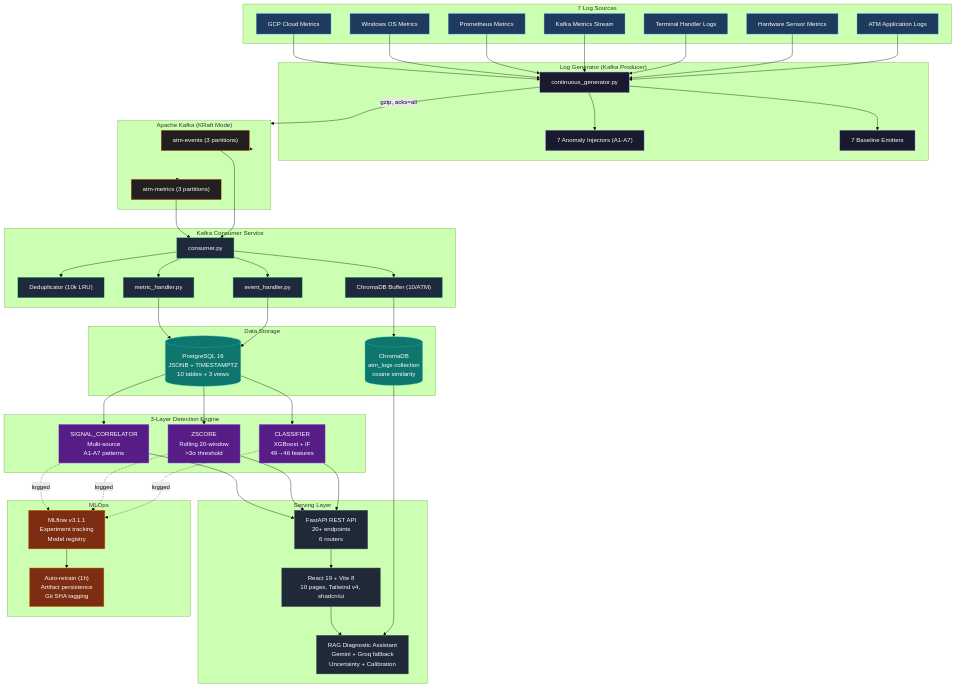
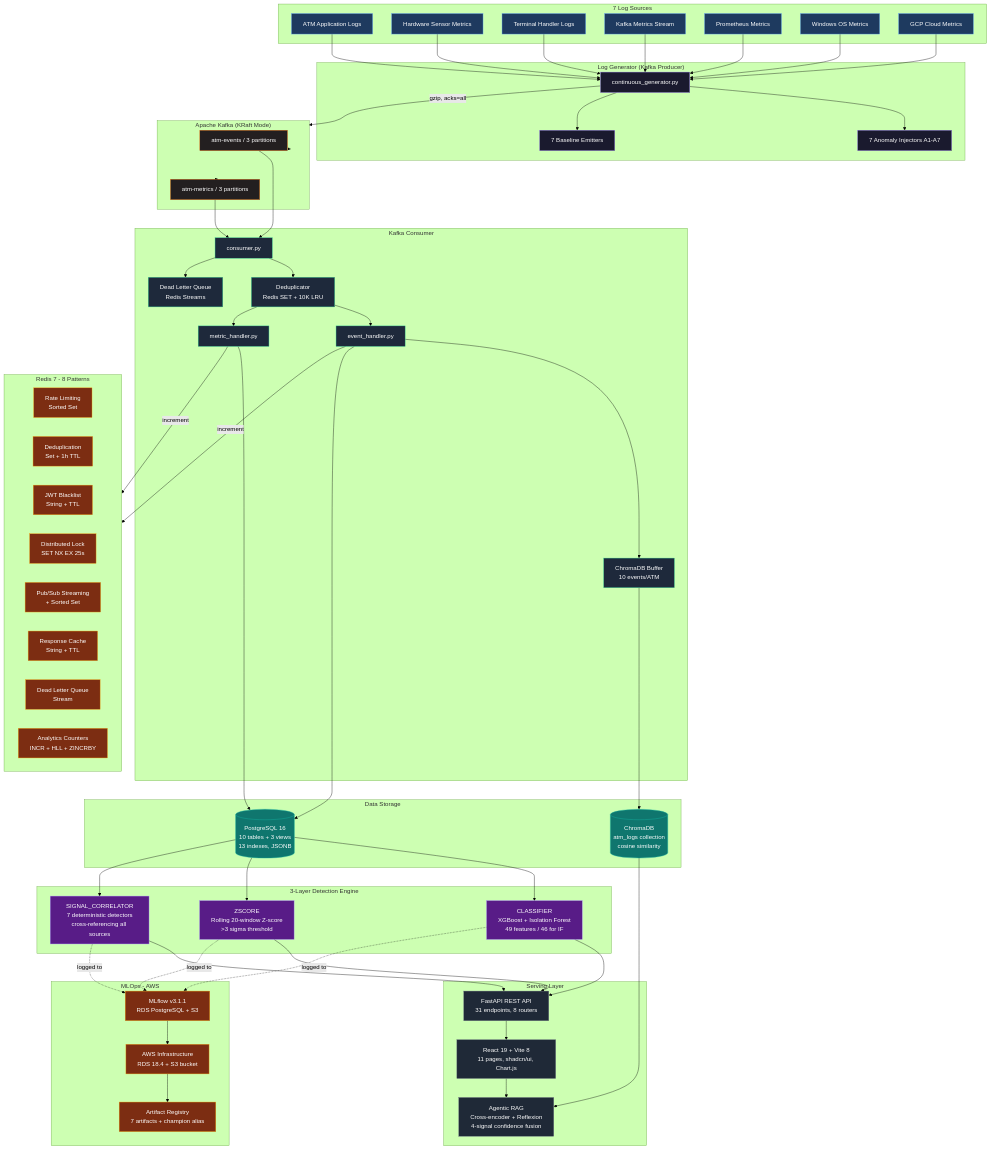
The first of 8 diagrams in README.md (AhmedIkram05/laad), drawn with Mermaid (forest theme) before and after one commit. The commit also changed other lines of this file, not shown here.

````diff
--- a/README.md
+++ b/README.md
@@ -99,49 +36,63 @@
 
   subgraph Generator ["Log Generator (Kafka Producer)"]
     G["continuous_generator.py"]
-    AI["7 Anomaly Injectors (A1-A7)"]
+    AI["7 Anomaly Injectors A1-A7"]
     EM["7 Baseline Emitters"]
     G --> AI
     G --> EM
   end
 
   subgraph Kafka ["Apache Kafka (KRaft Mode)"]
-    KT["atm-events (3 partitions)"]
-    KM["atm-metrics (3 partitions)"]
+    KT["atm-events / 3 partitions"]
+    KM["atm-metrics / 3 partitions"]
   end
 
-  subgraph Consumer ["Kafka Consumer Service"]
+  subgraph Consumer ["Kafka Consumer"]
     C["consumer.py"]
-    DED["Deduplicator (10k LRU)"]
+    DED["Deduplicator<br/>Redis SET + 10K LRU"]
     EH["event_handler.py"]
     MH["metric_handler.py"]
-    CB["ChromaDB Buffer (10/ATM)"]
+    CB["ChromaDB Buffer<br/>10 events/ATM"]
+    DLQ["Dead Letter Queue<br/>Redis Streams"]
     C --> DED
-    C --> EH
-    C --> MH
-    C --> CB
+    C --> DLQ
+    DED --> EH
+    DED --> MH
+    EH --> CB
   end
 
   subgraph Storage ["Data Storage"]
-    PG[("PostgreSQL 16\nJSONB + TIMESTAMPTZ\n10 tables + 3 views")]
-    CDB[("ChromaDB\natm_logs collection\ncosine similarity")]
+    PG[("PostgreSQL 16<br/>10 tables + 3 views<br/>13 indexes, JSONB")]
+    CDB[("ChromaDB<br/>atm_logs collection<br/>cosine similarity")]
+  end
+
+  subgraph Redis ["Redis 7 - 8 Patterns"]
+    R1["Rate Limiting<br/>Sorted Set"]
+    R2["Deduplication<br/>Set + 1h TTL"]
+    R3["JWT Blacklist<br/>String + TTL"]
+    R4["Distributed Lock<br/>SET NX EX 25s"]
+    R5["Pub/Sub Streaming<br/>+ Sorted Set"]
+    R6["Response Cache<br/>String + TTL"]
+    R7["Dead Letter Queue<br/>Stream"]
+    R8["Analytics Counters<br/>INCR + HLL + ZINCRBY"]
   end
 
   subgraph Detection ["3-Layer Detection Engine"]
-    CLS["CLASSIFIER\nXGBoost + IF\n49→46 features"]
-    ZSC["ZSCORE\nRolling 20-window\n>3σ threshold"]
-    SCC["SIGNAL_CORRELATOR\nMulti-source\nA1-A7 patterns"]
+    CLS["CLASSIFIER<br/>XGBoost + Isolation Forest<br/>49 features / 46 for IF"]
+    ZSC["ZSCORE<br/>Rolling 20-window Z-score<br/>>3 sigma threshold"]
+    SCC["SIGNAL_CORRELATOR<br/>7 deterministic detectors<br/>cross-referencing all sources"]
   end
 
   subgraph Serving ["Serving Layer"]
-    API["FastAPI REST API\n20+ endpoints\n6 routers"]
-    UI["React 19 + Vite 8\n10 pages, Tailwind v4, shadcn/ui"]
-    RAG["RAG Diagnostic Assistant\nGemini + Groq fallback\nUncertainty + Calibration"]
+    API["FastAPI REST API<br/>31 endpoints, 8 routers"]
+    UI["React 19 + Vite 8<br/>11 pages, shadcn/ui, Chart.js"]
+    RAG["Agentic RAG<br/>Cross-encoder + Reflexion<br/>4-signal confidence fusion"]
   end
 
-  subgraph MLOps ["MLOps"]
-    MLF["MLflow v3.1.1\nExperiment tracking\nModel registry"]
-    ART["Auto-retrain (1h)\nArtifact persistence\nGit SHA tagging"]
+  subgraph MLOps ["MLOps - AWS"]
+    MLF["MLflow v3.1.1<br/>RDS PostgreSQL + S3"]
+    AWS["AWS Infrastructure<br/>RDS 18.4 + S3 bucket"]
+    ARC["Artifact Registry<br/>7 artifacts + champion alias"]
   end
 
   S1 & S2 & S3 & S4 & S5 & S6 & S7 --> G
@@ -153,6 +104,8 @@
   EH --> PG
   MH --> PG
   CB --> CDB
+  EH -->|"increment"| Redis
+  MH -->|"increment"| Redis
   PG --> CLS
   PG --> ZSC
   PG --> SCC
@@ -162,16 +115,18 @@
   API --> UI
   CDB --> RAG
   UI --> RAG
-  CLS -.->|"logged"| MLF
-  ZSC -.->|"logged"| MLF
-  SCC -.->|"logged"| MLF
-  MLF --> ART
+  CLS -.->|"logged to"| MLF
+  ZSC -.->|"logged to"| MLF
+  SCC -.->|"logged to"| MLF
+  MLF --> AWS
+  AWS --> ARC
 
   classDef source fill:#1e3a5f,stroke:#60a5fa,color:#ffffff;
   classDef gen fill:#1a1a2e,stroke:#a78bfa,color:#ffffff;
   classDef kafka fill:#231f20,stroke:#f97316,color:#ffffff;
   classDef consumer fill:#1e293b,stroke:#34d399,color:#ffffff;
   classDef storage fill:#0f766e,stroke:#14b8a6,color:#ffffff;
+  classDef redis fill:#7c2d12,stroke:#f59e0b,color:#ffffff;
   classDef detect fill:#581c87,stroke:#a78bfa,color:#ffffff;
   classDef serve fill:#1f2937,stroke:#6b7280,color:#ffffff;
   classDef mlops fill:#7c2d12,stroke:#f59e0b,color:#ffffff;
@@ -179,9 +134,10 @@
   class S1,S2,S3,S4,S5,S6,S7 source;
   class G,AI,EM gen;
   class KT,KM kafka;
-  class C,DED,EH,MH,CB consumer;
+  class C,DED,EH,MH,CB,DLQ consumer;
   class PG,CDB storage;
+  class R1,R2,R3,R4,R5,R6,R7,R8 redis;
   class CLS,ZSC,SCC detect;
   class API,UI,RAG serve;
-  class MLF,ART mlops;
+  class MLF,AWS,ARC mlops;
 ```
````
